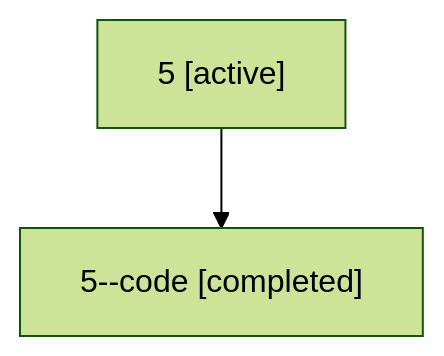
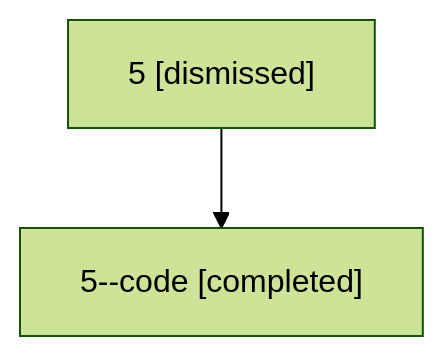
One commit to sase-org/sase--agents changed the diagram in sessions/bbugyi200.athena.5.md. Above: the diagram before and after it, drawn with Mermaid (forest theme). The commit also changed other lines of this file and 27 other files, not shown here.

````diff
--- a/sessions/bbugyi200.athena.5.md
+++ b/sessions/bbugyi200.athena.5.md
@@ -9,6 +9,6 @@
 ```mermaid
 flowchart TD
-  n0["5 [active]"]
+  n0["5 [dismissed]"]
   n1["5--code [completed]"]
   n0 --> n1
 ```
````
